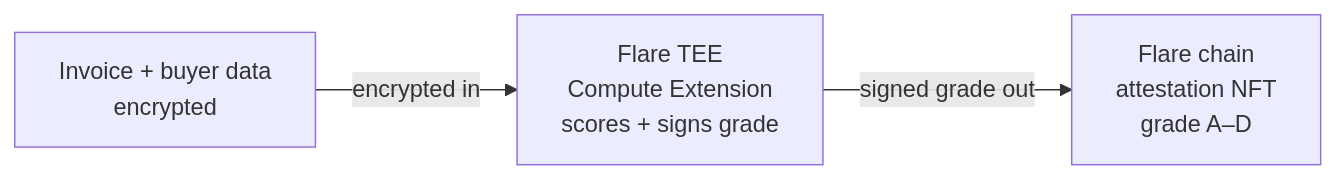
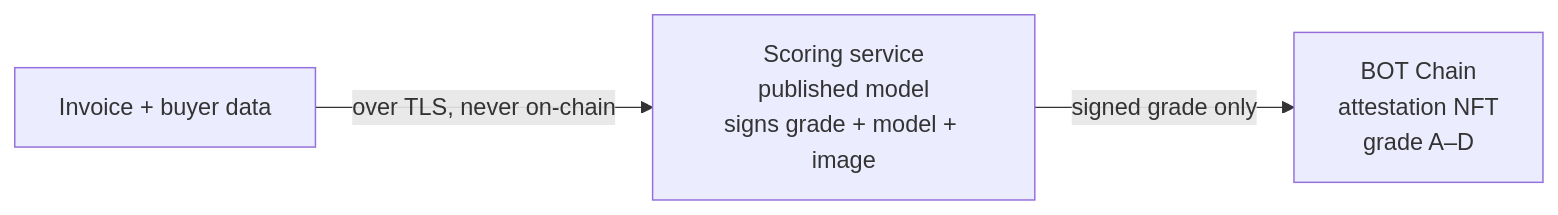
One commit to charlesms1246/cifra-botchain changed the first of 2 diagrams in README.md. Above: the diagram before and after it, drawn with Mermaid. The commit also changed other lines of this file and 1 other file, not shown here.

Commit message:
refactor: remove Flare dependency and delete CifraJurisdictionOracle contract

````diff
--- a/README.md
+++ b/README.md
@@ -30,5 +46,5 @@
 ```mermaid
 flowchart LR
-    A["Invoice + buyer data<br/>encrypted"] -->|encrypted in| T["Flare TEE<br/>Compute Extension<br/>scores + signs grade"]
-    T -->|signed grade out| C["Flare chain<br/>attestation NFT<br/>grade A–D"]
+    A["Invoice + buyer data"] -->|over TLS, never on-chain| T["Scoring service<br/>published model<br/>signs grade + model + image"]
+    T -->|signed grade only| C["BOT Chain<br/>attestation NFT<br/>grade A–D"]
 ```
````
